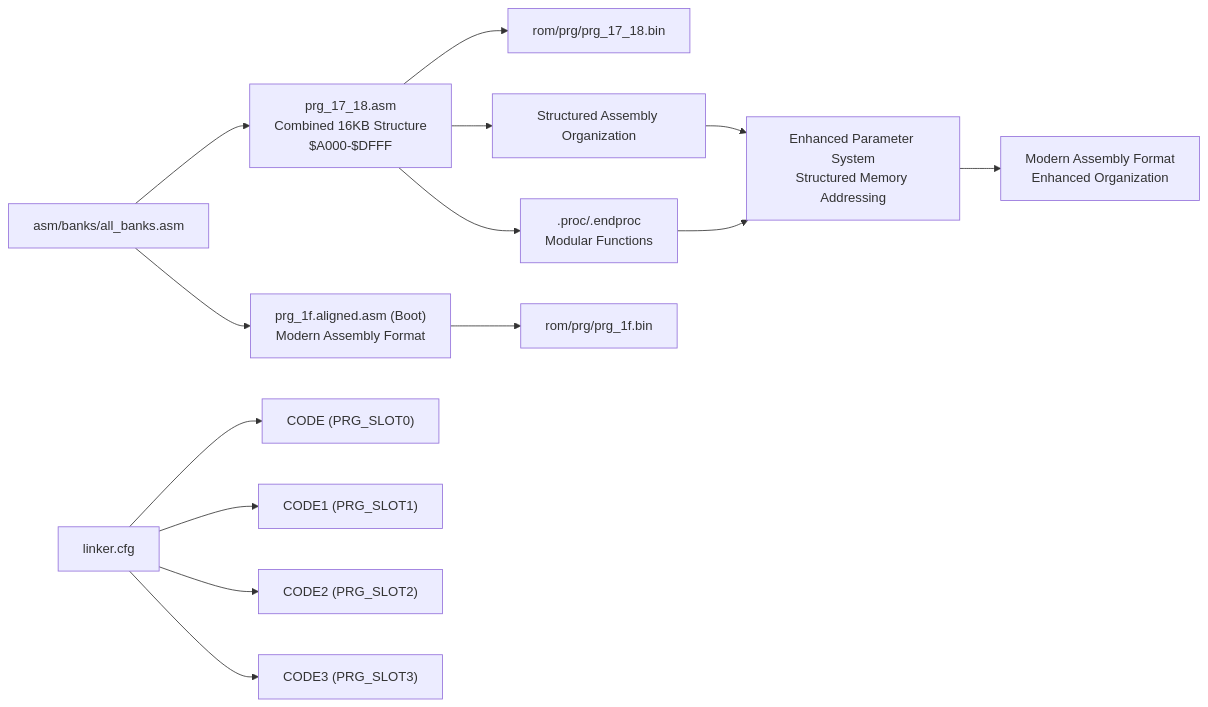
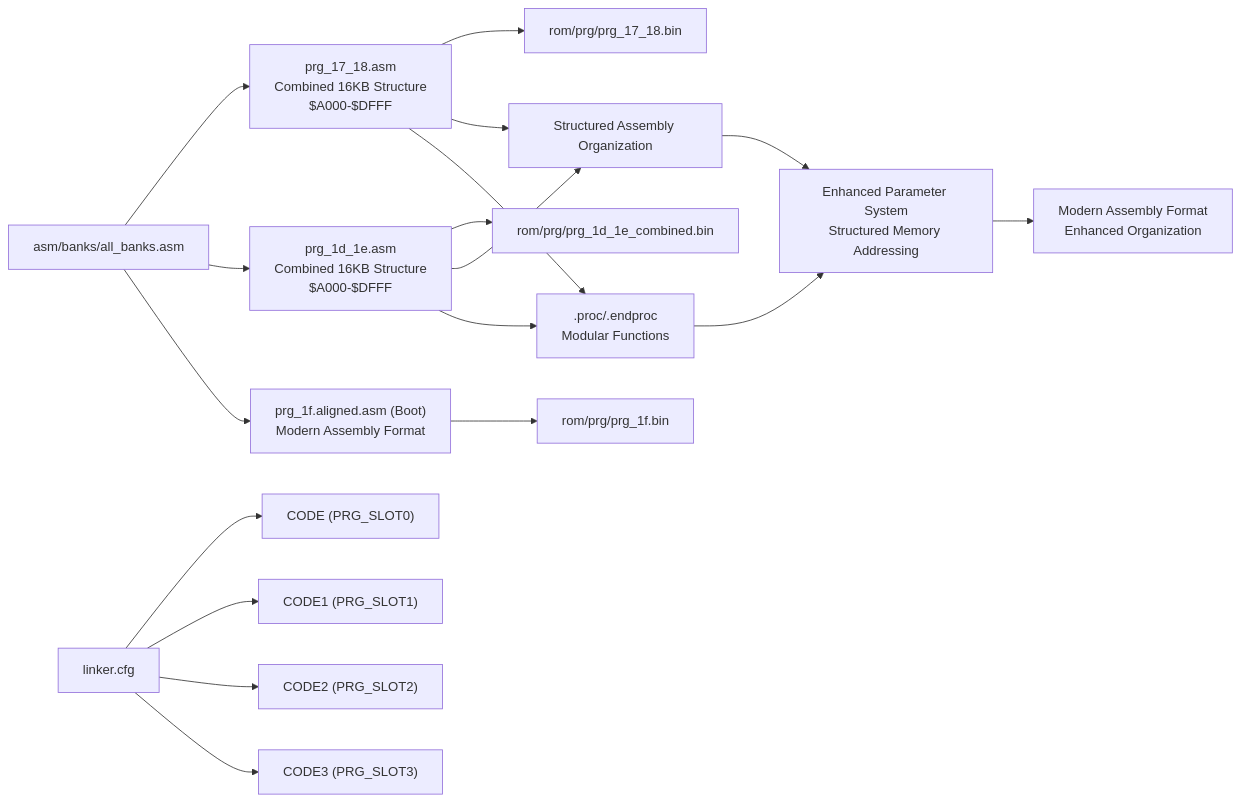
Before and after one commit to rabbyzero/sango2dasm: the tenth of 11 diagrams in .qoder/repowiki/en/content/Assembly Architecture/Assembly Architecture.md, drawn with Mermaid. The commit also changed other lines of this file and 15 other files, not shown here.

````diff
--- a/.qoder/repowiki/en/content/Assembly Architecture/Assembly Architecture.md
+++ b/.qoder/repowiki/en/content/Assembly Architecture/Assembly Architecture.md
@@ -426,18 +542,22 @@
 ```mermaid
 graph LR
-ALLB["asm/banks/all_banks.asm"] --> COMBINED["prg_17_18.asm<br/>Combined 16KB Structure<br/>$A000-$DFFF"]
+ALLB["asm/banks/all_banks.asm"] --> COMBINED17_18["prg_17_18.asm<br/>Combined 16KB Structure<br/>$A000-$DFFF"]
+ALLB --> COMBINED1D_1E["prg_1d_1e.asm<br/>Combined 16KB Structure<br/>$A000-$DFFF"]
 ALLB --> ALIGNED["prg_1f.aligned.asm (Boot)<br/>Modern Assembly Format"]
 LCFG["linker.cfg"] --> SEG0["CODE (PRG_SLOT0)"]
 LCFG --> SEG1["CODE1 (PRG_SLOT1)"]
 LCFG --> SEG2["CODE2 (PRG_SLOT2)"]
 LCFG --> SEG3["CODE3 (PRG_SLOT3)"]
-COMBINED --> BIN17_18["rom/prg/prg_17_18.bin"]
+COMBINED17_18 --> BIN17_18["rom/prg/prg_17_18.bin"]
+COMBINED1D_1E --> BIN1D_1E["rom/prg/prg_1d_1e_combined.bin"]
 ALIGNED --> BIN1F["rom/prg/prg_1f.bin"]
-COMBINED --> STRUCT["Structured Assembly Organization"]
-COMBINED --> PROC[".proc/.endproc<br/>Modular Functions"]
+COMBINED17_18 --> STRUCT["Structured Assembly Organization"]
+COMBINED1D_1E --> STRUCT
+COMBINED17_18 --> PROC[".proc/.endproc<br/>Modular Functions"]
+COMBINED1D_1E --> PROC
 PARAMSYS["Enhanced Parameter System<br/>Structured Memory Addressing"]
 STRUCT --> PARAMSYS
 PROC --> PARAMSYS
 MODERN["Modern Assembly Format<br/>Enhanced Organization"]
 PARAMSYS --> MODERN
 ```
````
